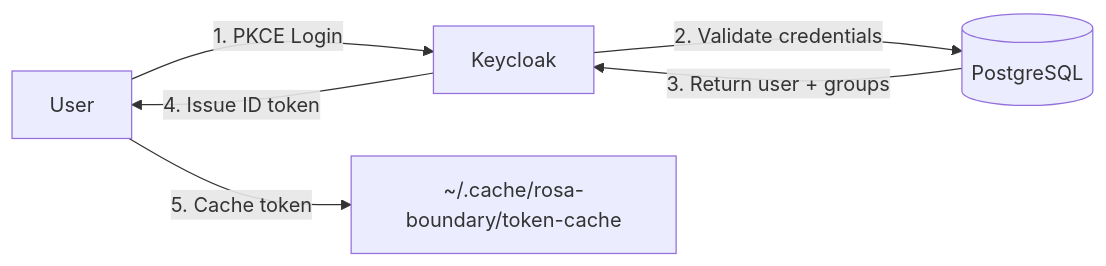
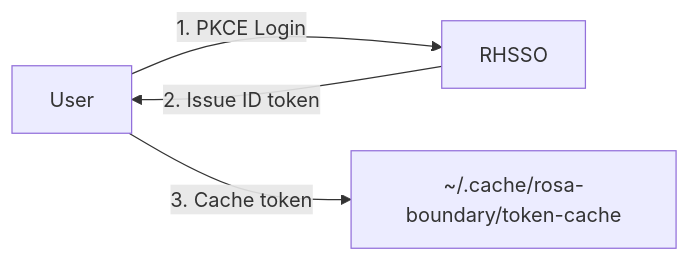
The second of 6 diagrams in docs/architecture/overview.md (openshift-online/rosa-boundary), drawn with Mermaid before and after one commit. The commit also changed other lines of this file and 39 other files, not shown here.

First line of the commit message:
refactor: replace Keycloak with Red Hat SSO (RHSSO) throughout

````diff
--- a/docs/architecture/overview.md
+++ b/docs/architecture/overview.md
@@ -142,8 +133,6 @@
 ```mermaid
 flowchart LR
-    U[User] -->|1. PKCE Login| KC[Keycloak]
-    KC -->|2. Validate credentials| KCDB[(PostgreSQL)]
-    KCDB -->|3. Return user + groups| KC
-    KC -->|4. Issue ID token| U
-    U -->|5. Cache token| Cache["~/.cache/rosa-boundary/token-cache"]
+    U[User] -->|1. PKCE Login| KC[RHSSO]
+    KC -->|2. Issue ID token| U
+    U -->|3. Cache token| Cache["~/.cache/rosa-boundary/token-cache"]
 ```
````
